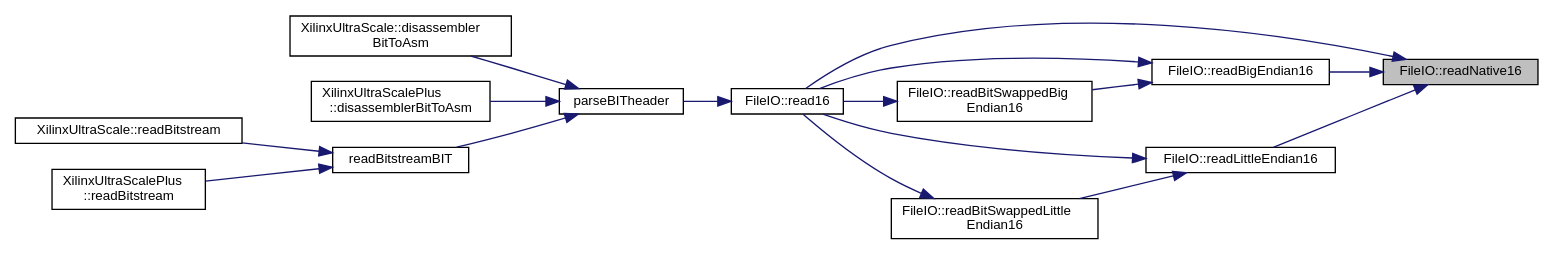
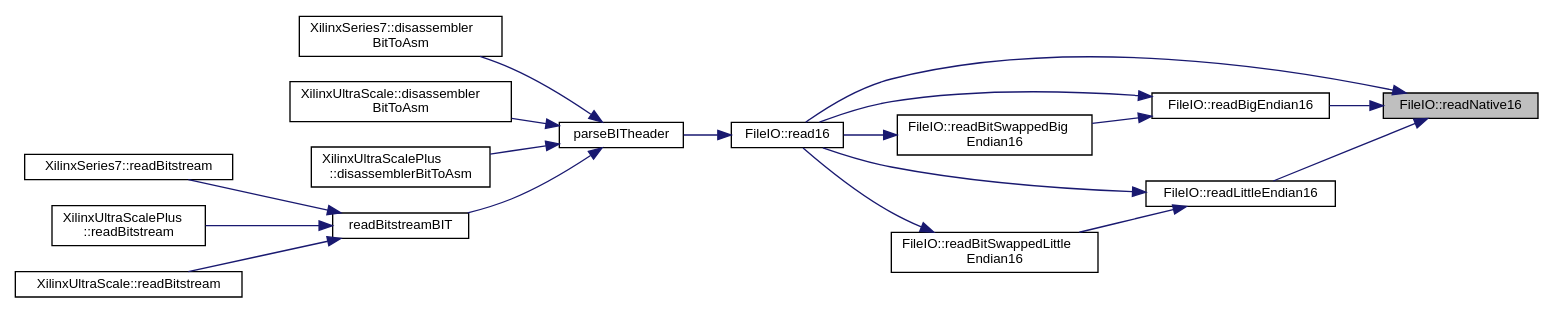
The diagram in namespaceFileIO_adc737b05c8f0ac44e5034835c6cf836c_icgraph.dot (FPGA-Research-Manchester/byteman), drawn with Graphviz before and after one commit. The commit also changed 2360 other files, not shown here.

```diff
--- a/namespaceFileIO_adc737b05c8f0ac44e5034835c6cf836c_icgraph.dot
+++ b/namespaceFileIO_adc737b05c8f0ac44e5034835c6cf836c_icgraph.dot
@@ -1,35 +1,39 @@
 digraph "FileIO::readNative16"
 {
  // INTERACTIVE_SVG=YES
  // LATEX_PDF_SIZE
   edge [fontname="Helvetica",fontsize="10",labelfontname="Helvetica",labelfontsize="10"];
   node [fontname="Helvetica",fontsize="10",shape=record];
   rankdir="RL";
   Node1 [label="FileIO::readNative16",height=0.2,width=0.4,color="black", fillcolor="grey75", style="filled", fontcolor="black",tooltip=" "];
   Node1 -> Node2 [dir="back",color="midnightblue",fontsize="10",style="solid",fontname="Helvetica"];
   Node2 [label="FileIO::read16",height=0.2,width=0.4,color="black", fillcolor="white", style="filled",URL="$namespaceFileIO.html#ae4a16190bddd38b1508e472f1323bd06",tooltip=" "];
   Node2 -> Node3 [dir="back",color="midnightblue",fontsize="10",style="solid",fontname="Helvetica"];
-  Node3 [label="parseBITheader",height=0.2,width=0.4,color="black", fillcolor="white", style="filled",URL="$XCAP__inline__Input_8h.html#ac0e8d10f67fbe4b89886a2f5be7c690c",tooltip=" "];
+  Node3 [label="parseBITheader",height=0.2,width=0.4,color="black", fillcolor="white", style="filled",URL="$inlineInput_8h.html#ac0e8d10f67fbe4b89886a2f5be7c690c",tooltip=" "];
   Node3 -> Node4 [dir="back",color="midnightblue",fontsize="10",style="solid",fontname="Helvetica"];
-  Node4 [label="XilinxUltraScale::disassembler\lBitToAsm",height=0.2,width=0.4,color="black", fillcolor="white", style="filled",URL="$classXilinxUltraScale.html#a1e74fd2f5f3122339373ac7e571c0743",tooltip=" "];
+  Node4 [label="XilinxSeries7::disassembler\lBitToAsm",height=0.2,width=0.4,color="black", fillcolor="white", style="filled",URL="$classXilinxSeries7.html#a4239ae4d300adffe6005349f64d8e6ff",tooltip=" "];
   Node3 -> Node5 [dir="back",color="midnightblue",fontsize="10",style="solid",fontname="Helvetica"];
-  Node5 [label="XilinxUltraScalePlus\l::disassemblerBitToAsm",height=0.2,width=0.4,color="black", fillcolor="white", style="filled",URL="$classXilinxUltraScalePlus.html#a54f9af4b6723a99c0b9e8e9c9b424d00",tooltip=" "];
+  Node5 [label="XilinxUltraScale::disassembler\lBitToAsm",height=0.2,width=0.4,color="black", fillcolor="white", style="filled",URL="$classXilinxUltraScale.html#a1e74fd2f5f3122339373ac7e571c0743",tooltip=" "];
   Node3 -> Node6 [dir="back",color="midnightblue",fontsize="10",style="solid",fontname="Helvetica"];
-  Node6 [label="readBitstreamBIT",height=0.2,width=0.4,color="black", fillcolor="white", style="filled",URL="$XCAP__inline__Input_8h.html#a2015af67475241b52cb4fdd54ab6577e",tooltip=" "];
-  Node6 -> Node7 [dir="back",color="midnightblue",fontsize="10",style="solid",fontname="Helvetica"];
-  Node7 [label="XilinxUltraScale::readBitstream",height=0.2,width=0.4,color="black", fillcolor="white", style="filled",URL="$classXilinxUltraScale.html#a8d9e8e7846e7af191060d73b21024d8a",tooltip=" "];
-  Node6 -> Node8 [dir="back",color="midnightblue",fontsize="10",style="solid",fontname="Helvetica"];
-  Node8 [label="XilinxUltraScalePlus\l::readBitstream",height=0.2,width=0.4,color="black", fillcolor="white", style="filled",URL="$classXilinxUltraScalePlus.html#a0e5d08a2e5c37a29a1a04d50b48739d2",tooltip=" "];
-  Node1 -> Node9 [dir="back",color="midnightblue",fontsize="10",style="solid",fontname="Helvetica"];
-  Node9 [label="FileIO::readBigEndian16",height=0.2,width=0.4,color="black", fillcolor="white", style="filled",URL="$namespaceFileIO.html#a085994f39dbf647129a14e7b0c3e8051",tooltip=" "];
-  Node9 -> Node2 [dir="back",color="midnightblue",fontsize="10",style="solid",fontname="Helvetica"];
-  Node9 -> Node10 [dir="back",color="midnightblue",fontsize="10",style="solid",fontname="Helvetica"];
-  Node10 [label="FileIO::readBitSwappedBig\lEndian16",height=0.2,width=0.4,color="black", fillcolor="white", style="filled",URL="$namespaceFileIO.html#a7ff728cecb8bbf042b408a8d5bb4f003",tooltip=" "];
-  Node10 -> Node2 [dir="back",color="midnightblue",fontsize="10",style="solid",fontname="Helvetica"];
+  Node6 [label="XilinxUltraScalePlus\l::disassemblerBitToAsm",height=0.2,width=0.4,color="black", fillcolor="white", style="filled",URL="$classXilinxUltraScalePlus.html#a54f9af4b6723a99c0b9e8e9c9b424d00",tooltip=" "];
+  Node3 -> Node7 [dir="back",color="midnightblue",fontsize="10",style="solid",fontname="Helvetica"];
+  Node7 [label="readBitstreamBIT",height=0.2,width=0.4,color="black", fillcolor="white", style="filled",URL="$inlineInput_8h.html#a2015af67475241b52cb4fdd54ab6577e",tooltip=" "];
+  Node7 -> Node8 [dir="back",color="midnightblue",fontsize="10",style="solid",fontname="Helvetica"];
+  Node8 [label="XilinxSeries7::readBitstream",height=0.2,width=0.4,color="black", fillcolor="white", style="filled",URL="$classXilinxSeries7.html#a81a5d771b3230f2442613574c522f7c8",tooltip=" "];
+  Node7 -> Node9 [dir="back",color="midnightblue",fontsize="10",style="solid",fontname="Helvetica"];
+  Node9 [label="XilinxUltraScalePlus\l::readBitstream",height=0.2,width=0.4,color="black", fillcolor="white", style="filled",URL="$classXilinxUltraScalePlus.html#a0e5d08a2e5c37a29a1a04d50b48739d2",tooltip=" "];
+  Node7 -> Node10 [dir="back",color="midnightblue",fontsize="10",style="solid",fontname="Helvetica"];
+  Node10 [label="XilinxUltraScale::readBitstream",height=0.2,width=0.4,color="black", fillcolor="white", style="filled",URL="$classXilinxUltraScale.html#a8d9e8e7846e7af191060d73b21024d8a",tooltip=" "];
   Node1 -> Node11 [dir="back",color="midnightblue",fontsize="10",style="solid",fontname="Helvetica"];
-  Node11 [label="FileIO::readLittleEndian16",height=0.2,width=0.4,color="black", fillcolor="white", style="filled",URL="$namespaceFileIO.html#a80c5593d0aec390026ffc092f36aa1a0",tooltip=" "];
+  Node11 [label="FileIO::readBigEndian16",height=0.2,width=0.4,color="black", fillcolor="white", style="filled",URL="$namespaceFileIO.html#a085994f39dbf647129a14e7b0c3e8051",tooltip=" "];
   Node11 -> Node2 [dir="back",color="midnightblue",fontsize="10",style="solid",fontname="Helvetica"];
   Node11 -> Node12 [dir="back",color="midnightblue",fontsize="10",style="solid",fontname="Helvetica"];
-  Node12 [label="FileIO::readBitSwappedLittle\lEndian16",height=0.2,width=0.4,color="black", fillcolor="white", style="filled",URL="$namespaceFileIO.html#ad7317fb7deef65dddb8b12103fde926f",tooltip=" "];
+  Node12 [label="FileIO::readBitSwappedBig\lEndian16",height=0.2,width=0.4,color="black", fillcolor="white", style="filled",URL="$namespaceFileIO.html#a7ff728cecb8bbf042b408a8d5bb4f003",tooltip=" "];
   Node12 -> Node2 [dir="back",color="midnightblue",fontsize="10",style="solid",fontname="Helvetica"];
+  Node1 -> Node13 [dir="back",color="midnightblue",fontsize="10",style="solid",fontname="Helvetica"];
+  Node13 [label="FileIO::readLittleEndian16",height=0.2,width=0.4,color="black", fillcolor="white", style="filled",URL="$namespaceFileIO.html#a80c5593d0aec390026ffc092f36aa1a0",tooltip=" "];
+  Node13 -> Node2 [dir="back",color="midnightblue",fontsize="10",style="solid",fontname="Helvetica"];
+  Node13 -> Node14 [dir="back",color="midnightblue",fontsize="10",style="solid",fontname="Helvetica"];
+  Node14 [label="FileIO::readBitSwappedLittle\lEndian16",height=0.2,width=0.4,color="black", fillcolor="white", style="filled",URL="$namespaceFileIO.html#ad7317fb7deef65dddb8b12103fde926f",tooltip=" "];
+  Node14 -> Node2 [dir="back",color="midnightblue",fontsize="10",style="solid",fontname="Helvetica"];
 }
```
